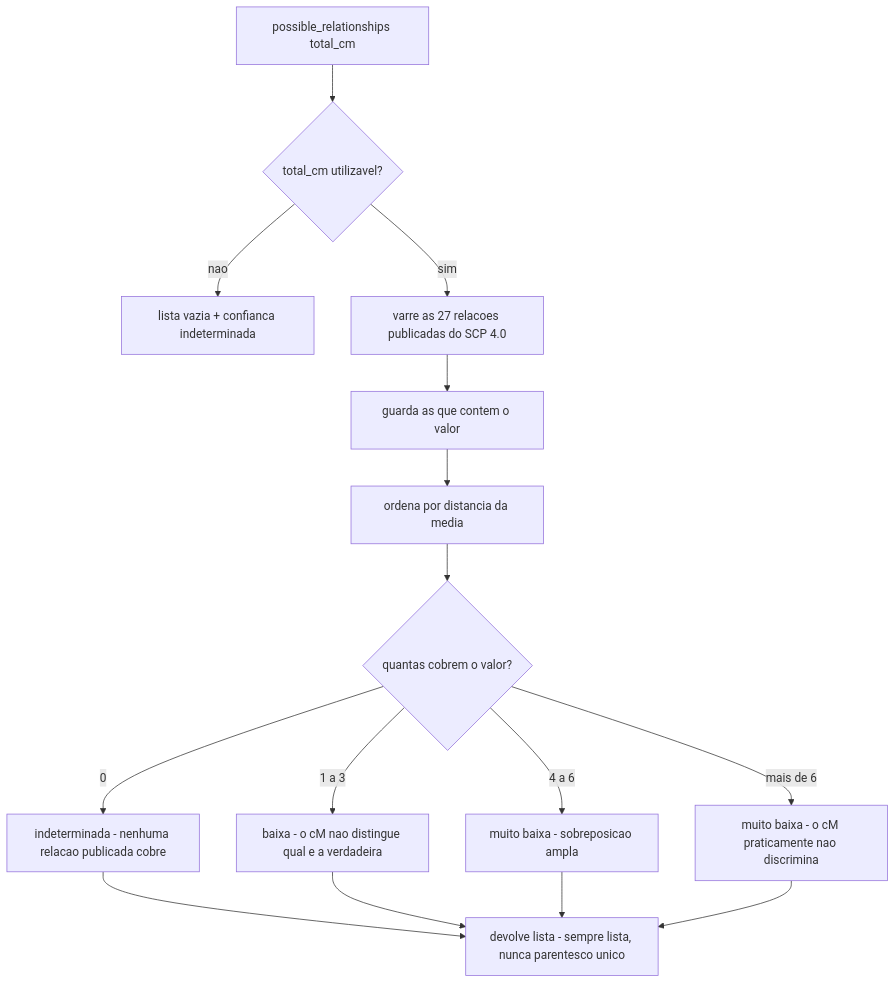
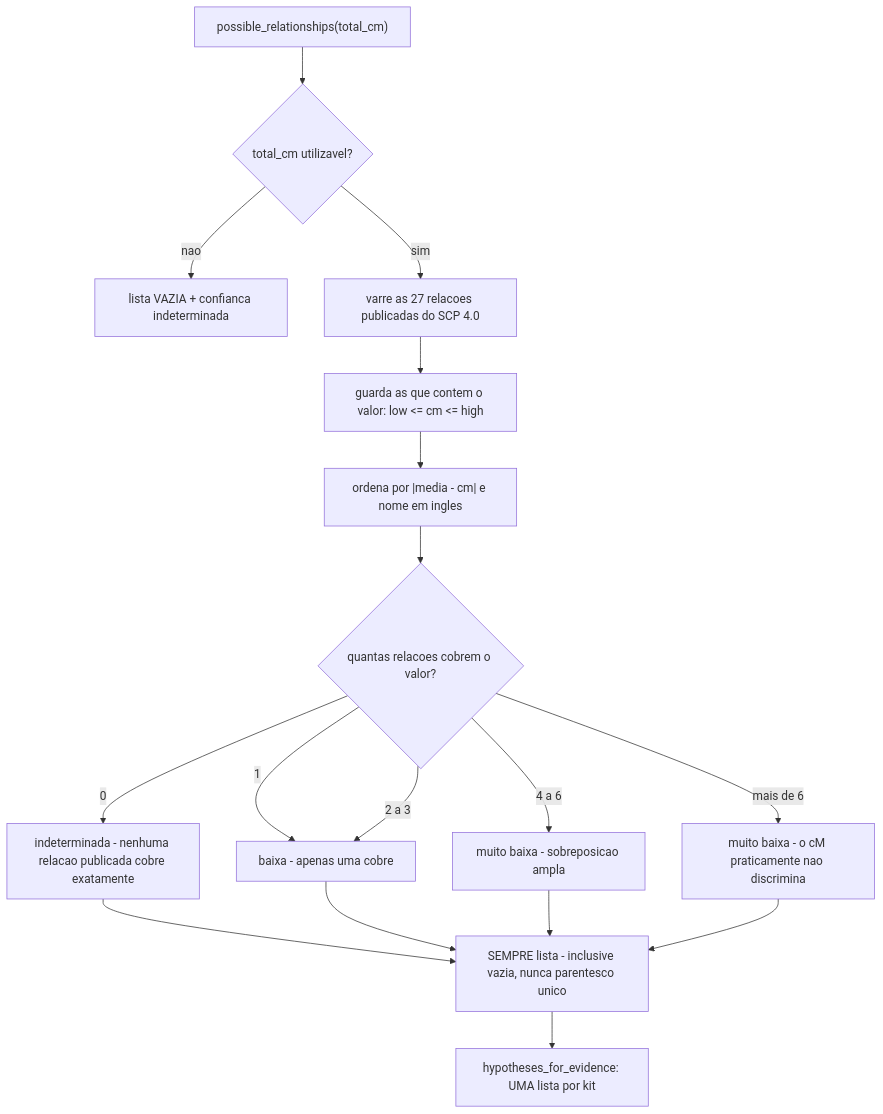
One commit to Adriano1976/reversa-analisador-genealogico changed the fifth of 9 diagrams in _reversa_sdd/flowcharts/analise-dna.md. Above: the diagram before and after it, drawn with Mermaid. The commit also changed other lines of this file and 69 other files, not shown here.

````diff
--- a/_reversa_sdd/flowcharts/analise-dna.md
+++ b/_reversa_sdd/flowcharts/analise-dna.md
@@ -88,17 +158,19 @@
 ```mermaid
 flowchart TD
-    A[possible_relationships total_cm] --> B{total_cm utilizavel?}
-    B -- nao --> B1[lista vazia + confianca indeterminada]
-    B -- sim --> C[varre as 27 relacoes publicadas do SCP 4.0]
-    C --> D[guarda as que contem o valor]
-    D --> E[ordena por distancia da media]
-    E --> F{quantas cobrem o valor?}
-    F -- 0 --> F1[indeterminada - nenhuma relacao publicada cobre]
-    F -- 1 a 3 --> F2[baixa - o cM nao distingue qual e a verdadeira]
-    F -- 4 a 6 --> F3[muito baixa - sobreposicao ampla]
-    F -- mais de 6 --> F4[muito baixa - o cM praticamente nao discrimina]
-    F1 --> G[devolve lista - sempre lista, nunca parentesco unico]
+    A["possible_relationships(total_cm)"] --> B{"total_cm utilizavel?"}
+    B -- "nao" --> B1["lista VAZIA + confianca indeterminada"]
+    B -- "sim" --> C["varre as 27 relacoes publicadas do SCP 4.0"]
+    C --> D["guarda as que contem o valor: low <= cm <= high"]
+    D --> E["ordena por |media - cm| e nome em ingles"]
+    E --> F{"quantas relacoes cobrem o valor?"}
+    F -- "0" --> F1["indeterminada - nenhuma relacao publicada cobre exatamente"]
+    F -- "1" --> F2["baixa - apenas uma cobre"]
+    F -- "2 a 3" --> F2
+    F -- "4 a 6" --> F3["muito baixa - sobreposicao ampla"]
+    F -- "mais de 6" --> F4["muito baixa - o cM praticamente nao discrimina"]
+    F1 --> G["SEMPRE lista - inclusive vazia, nunca parentesco unico"]
     F2 --> G
     F3 --> G
     F4 --> G
+    G --> H["hypotheses_for_evidence: UMA lista por kit"]
 ```
````
